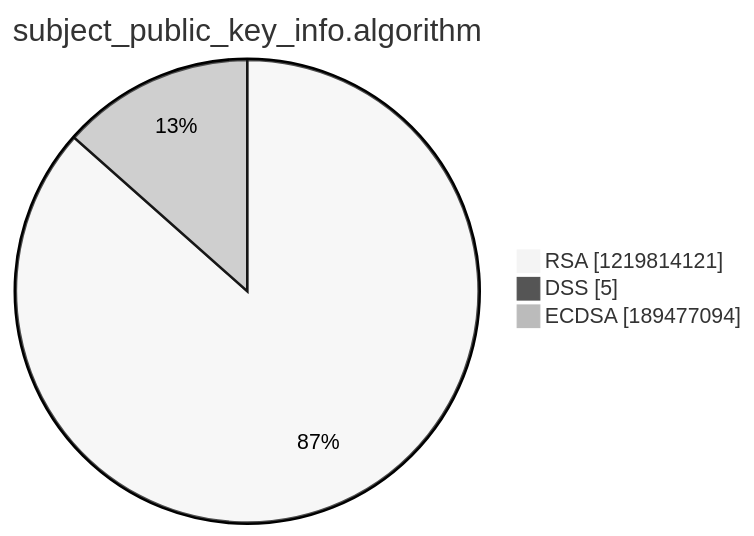
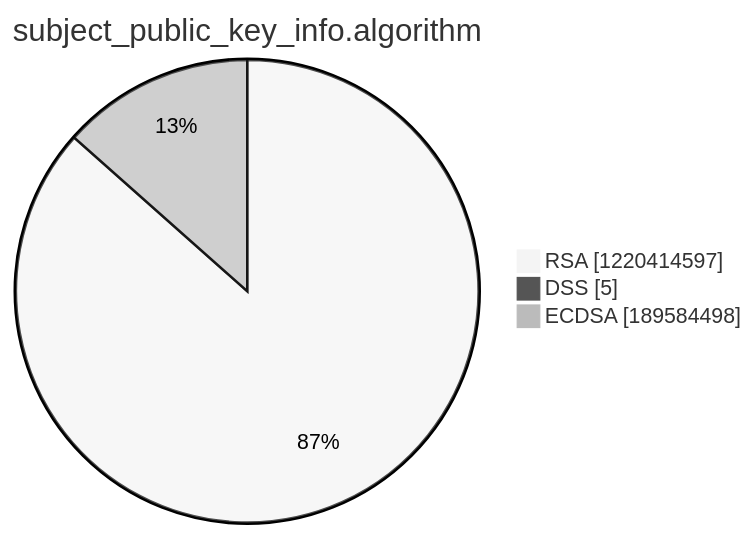
Before and after one commit to christiankrug/ctmonitor_visualization: the third of 15 diagrams in argon2022/README.md, drawn with Mermaid (neutral theme). The commit also changed other lines of this file, not shown here.

````diff
--- a/argon2022/README.md
+++ b/argon2022/README.md
@@ -14,7 +14,7 @@
 ```mermaid
 pie showData
 title subject_public_key_info.algorithm
-"RSA" :1219814121
+"RSA" :1220414597
 "DSS" :5
-"ECDSA" :189477094
+"ECDSA" :189584498
 ```
````
